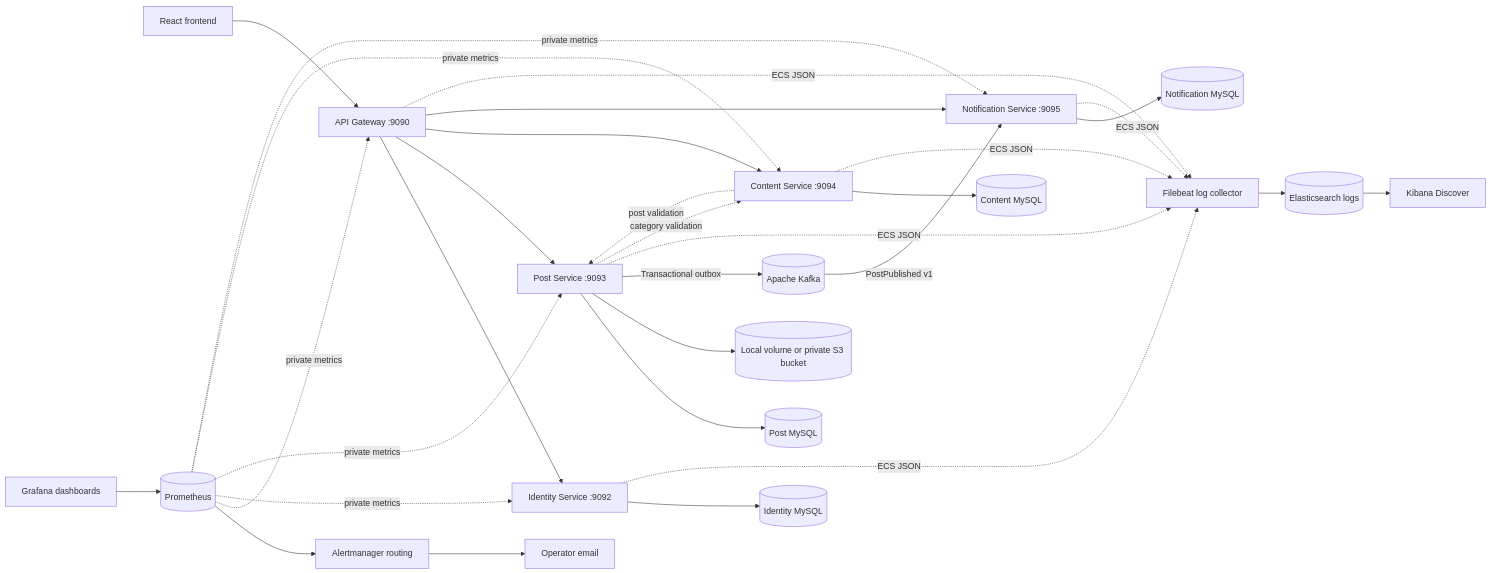
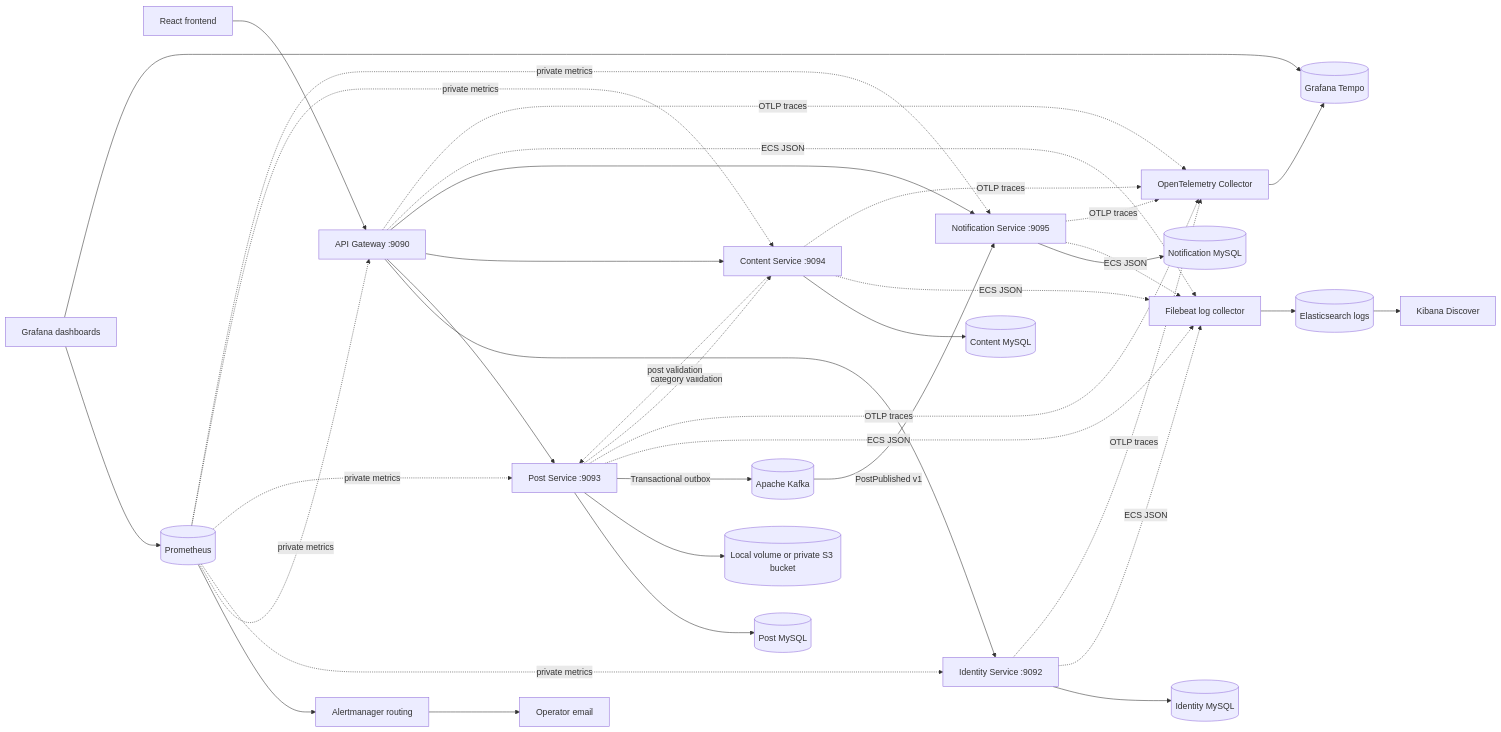
The diagram in README.md (studywithdanish/microservices-backend), drawn with Mermaid before and after one commit. The commit also changed other lines of this file and 42 other files, not shown here.

Commit message:
Add distributed tracing with OpenTelemetry and Tempo

````diff
--- a/README.md
+++ b/README.md
@@ -13,32 +13,39 @@
 ```mermaid
 flowchart LR
     Frontend[React frontend] --> Gateway[API Gateway :9090]
     Gateway --> Identity[Identity Service :9092]
     Gateway --> Post[Post Service :9093]
     Gateway --> Content[Content Service :9094]
     Gateway --> Notification[Notification Service :9095]
     Identity --> IdentityDb[(Identity MySQL)]
     Post --> PostDb[(Post MySQL)]
     Post --> Images[(Local volume or private S3 bucket)]
     Content --> ContentDb[(Content MySQL)]
     Post -->|Transactional outbox| Kafka[(Apache Kafka)]
     Kafka -->|PostPublished v1| Notification
     Notification --> NotificationDb[(Notification MySQL)]
     Grafana[Grafana dashboards] --> Prometheus[(Prometheus)]
     Prometheus --> Alertmanager[Alertmanager routing]
     Alertmanager --> Operator[Operator email]
     Filebeat[Filebeat log collector] --> Elasticsearch[(Elasticsearch logs)]
     Elasticsearch --> Kibana[Kibana Discover]
+    Collector[OpenTelemetry Collector] --> Tempo[(Grafana Tempo)]
+    Grafana --> Tempo
     Gateway -. ECS JSON .-> Filebeat
     Identity -. ECS JSON .-> Filebeat
     Post -. ECS JSON .-> Filebeat
     Content -. ECS JSON .-> Filebeat
     Notification -. ECS JSON .-> Filebeat
+    Gateway -. OTLP traces .-> Collector
+    Identity -. OTLP traces .-> Collector
+    Post -. OTLP traces .-> Collector
+    Content -. OTLP traces .-> Collector
+    Notification -. OTLP traces .-> Collector
     Prometheus -. private metrics .-> Gateway
     Prometheus -. private metrics .-> Identity
     Prometheus -. private metrics .-> Post
     Prometheus -. private metrics .-> Content
     Prometheus -. private metrics .-> Notification
     Post -. category validation .-> Content
     Content -. post validation .-> Post
 ```
````
